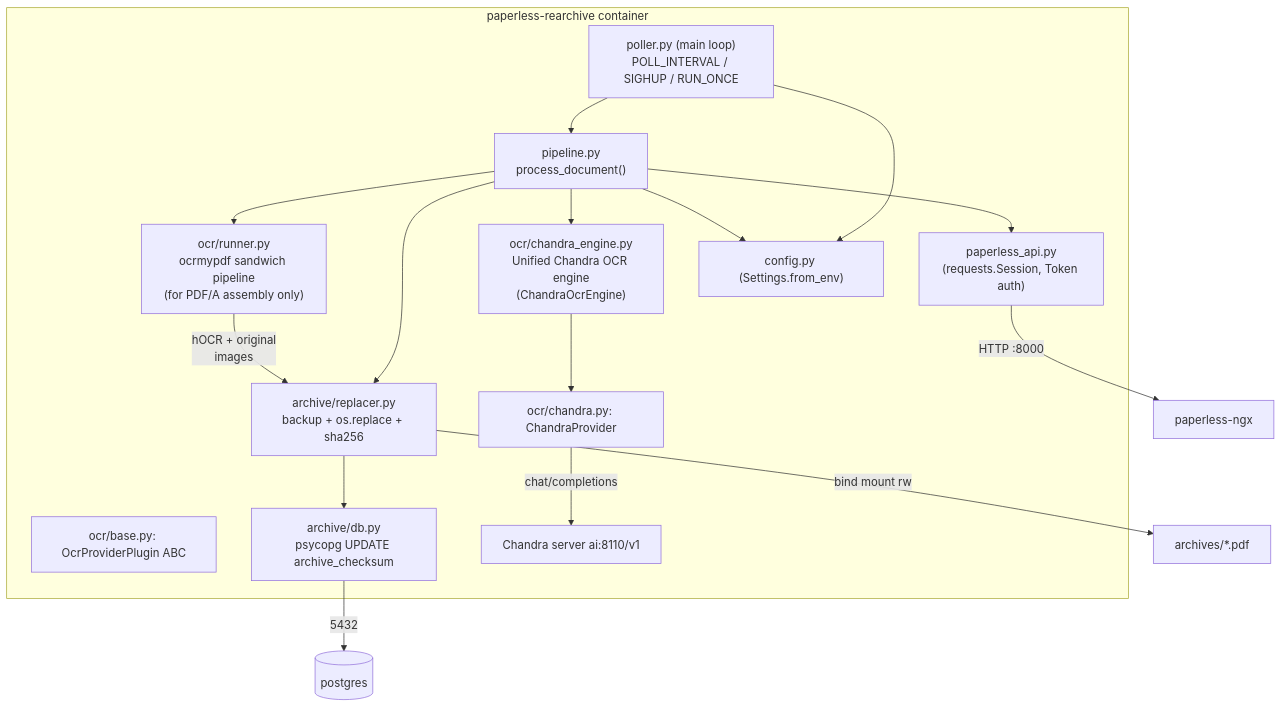
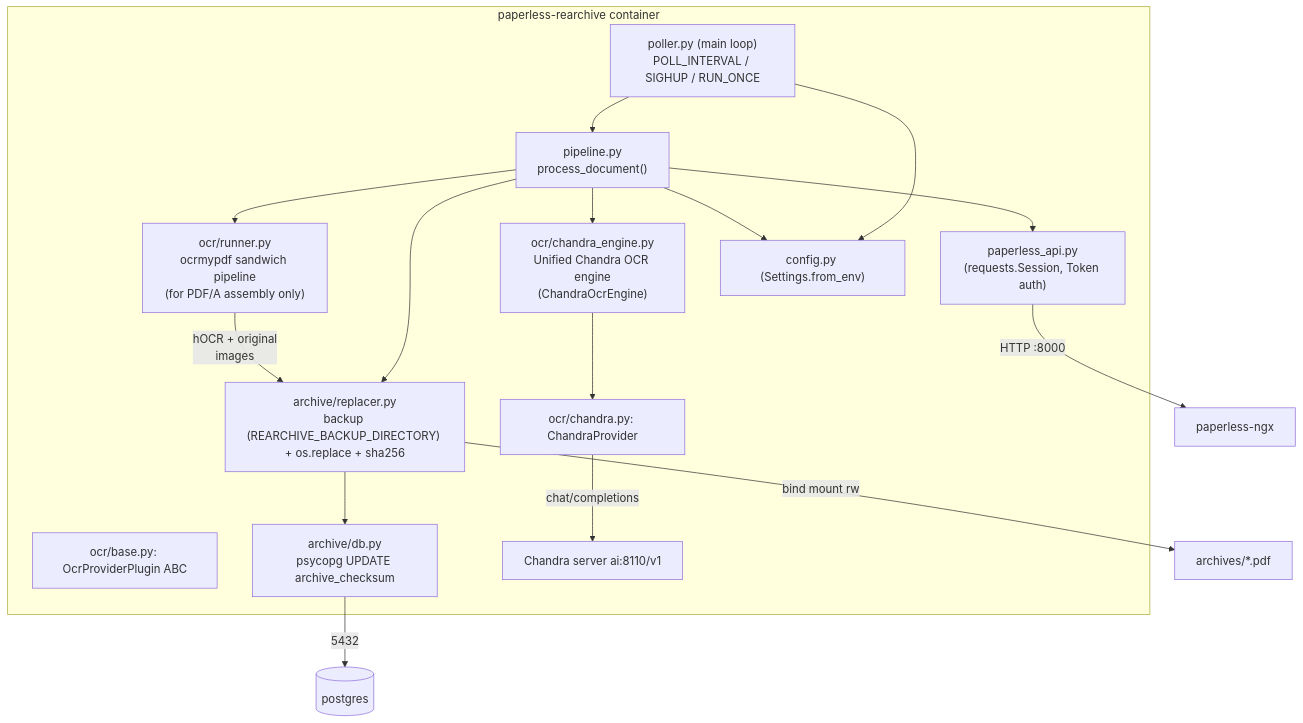
One commit to strichte/paperless-rearchive changed the first of 3 diagrams in doc/PLANNING.md. Above: the diagram before and after it, drawn with Mermaid. The commit also changed other lines of this file and 8 other files, not shown here.

Commit message:
Implement configurable backup directory for archive replacements; enhance validation and logging for backup safety

````diff
--- a/doc/PLANNING.md
+++ b/doc/PLANNING.md
@@ -95,29 +102,29 @@
 ```mermaid
 flowchart TB
     subgraph container["paperless-rearchive container"]
         MAIN["poller.py (main loop)<br/>POLL_INTERVAL / SIGHUP / RUN_ONCE"]
         PIPE["pipeline.py<br/>process_document()"]
         API["paperless_api.py<br/>(requests.Session, Token auth)"]
         ENGINE["ocr/chandra_engine.py<br/>Unified Chandra OCR engine<br/>(ChandraOcrEngine)"]
         PDF["ocr/runner.py<br/>ocrmypdf sandwich pipeline<br/>(for PDF/A assembly only)"]
         PROV["ocr/base.py: OcrProviderPlugin ABC"]
         CHAN["ocr/chandra.py: ChandraProvider"]
-        REP["archive/replacer.py<br/>backup + os.replace + sha256"]
+        REP["archive/replacer.py<br/>backup (REARCHIVE_BACKUP_DIRECTORY) + os.replace + sha256"]
         DBM["archive/db.py<br/>psycopg UPDATE archive_checksum"]
         CFG["config.py (Settings.from_env)"]
         MAIN --> CFG
         MAIN --> PIPE
         PIPE --> API
         PIPE --> ENGINE
         ENGINE --> CHAN
         CHAN -- "chat/completions" --> LLM["Chandra server ai:8110/v1"]
         PIPE --> REP
         REP --> DBM
         PIPE --> CFG
         PIPE --> PDF
         PDF -- "hOCR + original<br/>images" --> REP
     end
     API -- "HTTP :8000" --> PLX["paperless-ngx"]
     REP -- "bind mount rw" --> ARC["archives/*.pdf"]
     DBM -- "5432" --> PG[("postgres")]
 ```
````
